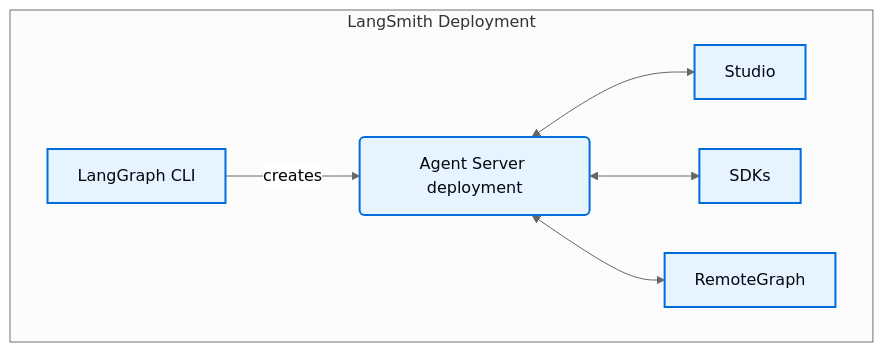
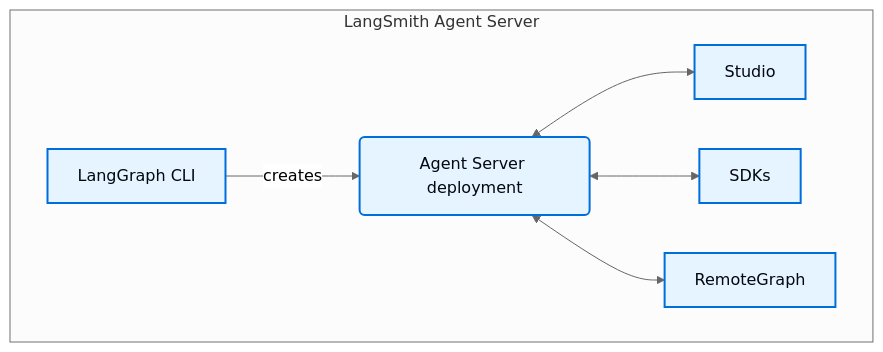
One commit to Eyre921/ofiicial-developer-docs changed the diagram in agent-frameworks/langchain/pages/langsmith/components.md. Above: the diagram before and after it, drawn with Mermaid (neutral theme). The commit also changed other lines of this file and 1219 other files, not shown here.

````diff
--- a/agent-frameworks/langchain/pages/langsmith/components.md
+++ b/agent-frameworks/langchain/pages/langsmith/components.md
@@ -11,13 +15,13 @@
 ```mermaid theme={"theme":{"light":"catppuccin-latte","dark":"catppuccin-mocha"}}
 flowchart
-    subgraph LangSmith Deployment
+    subgraph LangSmith Agent Server
         A[LangGraph CLI] -->|creates| B(Agent Server deployment)
         B <--> D[Studio]
         B <--> E[SDKs]
         B <--> F[RemoteGraph]
     end
 
     classDef process fill:#E5F4FF,stroke:#006DDD,stroke-width:2px,color:#030710
 
     class A,B,D,E,F process
 ```
````
